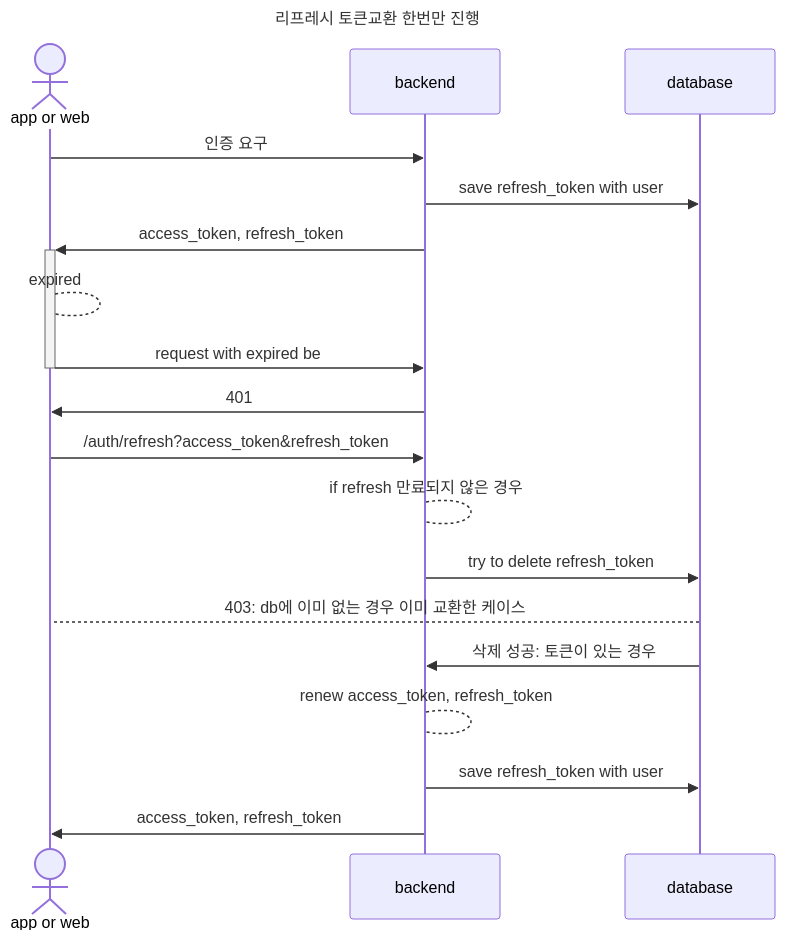
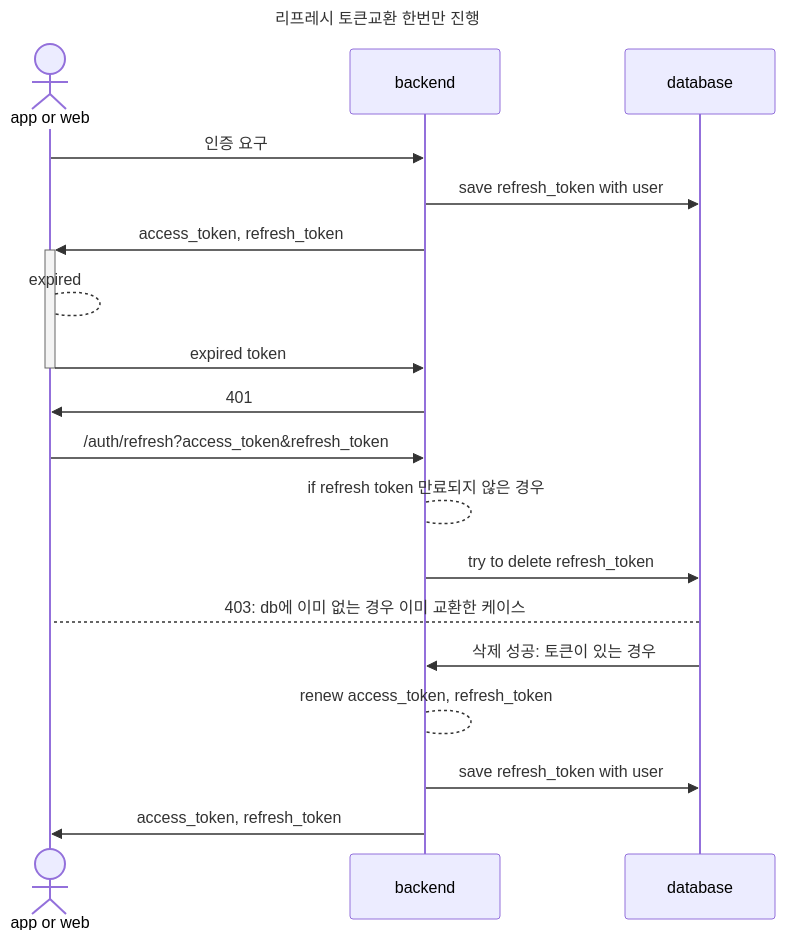
One commit to deptno/public-wiki changed the second of 2 diagrams in jwt.md. Above: the diagram before and after it, drawn with Mermaid. The commit also changed other lines of this file, not shown here.

Commit message:
refresh token 정리

````diff
--- a/jwt.md
+++ b/jwt.md
@@ -45,22 +45,22 @@
 ```mermaid
 sequenceDiagram
   title: 리프레시 토큰교환 한번만 진행
   actor app as app or web
   participant be as backend
   participant db as database
 
   app ->> be: 인증 요구
   be ->> db: save refresh_token with user
   be ->>+ app: access_token, refresh_token
   app --> app: expired
-  app ->>- be: request with expired be
+  app ->>- be: expired token
   be ->> app: 401
   app ->> be: /auth/refresh?access_token&refresh_token
-  be --> be: if refresh 만료되지 않은 경우
+  be --> be: if refresh token 만료되지 않은 경우
   be ->> db: try to delete refresh_token
   db --> app: 403: db에 이미 없는 경우 이미 교환한 케이스
   db ->> be: 삭제 성공: 토큰이 있는 경우
   be --> be: renew access_token, refresh_token
   be ->> db: save refresh_token with user
   be ->> app: access_token, refresh_token
 ```
````
